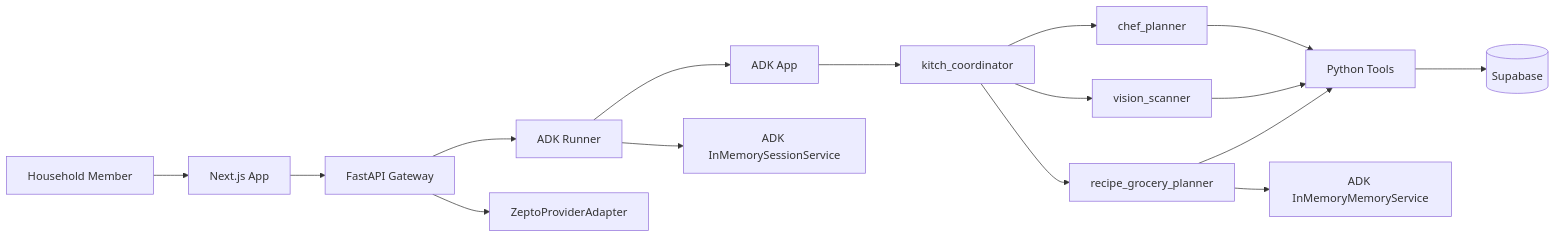
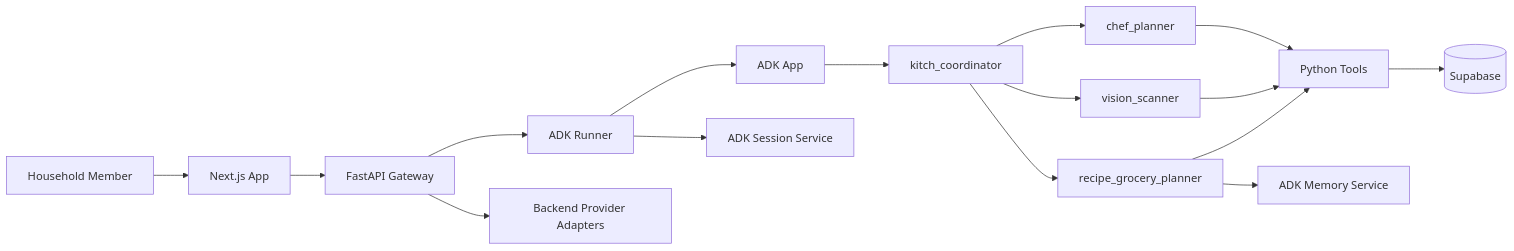
One commit to architworks/meal_and_grocery_agent changed the diagram in docs/current_ai_architecture.md. Above: the diagram before and after it, drawn with Mermaid. The commit also changed other lines of this file and 7 other files, not shown here.

````diff
--- a/docs/current_ai_architecture.md
+++ b/docs/current_ai_architecture.md
@@ -9,18 +9,18 @@
 ```mermaid
 flowchart LR
     User[Household Member] --> Frontend[Next.js App]
     Frontend --> API[FastAPI Gateway]
     API --> Runner[ADK Runner]
     Runner --> App[ADK App]
     App --> Coordinator[kitch_coordinator]
     Coordinator --> Chef[chef_planner]
     Coordinator --> Vision[vision_scanner]
     Coordinator --> RecipeGrocery[recipe_grocery_planner]
     Chef --> Tools[Python Tools]
     Vision --> Tools
     RecipeGrocery --> Tools
     Tools --> Supabase[(Supabase)]
-    RecipeGrocery --> Memory[ADK InMemoryMemoryService]
-    Runner --> Sessions[ADK InMemorySessionService]
-    API --> Zepto[ZeptoProviderAdapter]
+    RecipeGrocery --> Memory[ADK Memory Service]
+    Runner --> Sessions[ADK Session Service]
+    API --> ProviderAdapters[Backend Provider Adapters]
 ```
````
